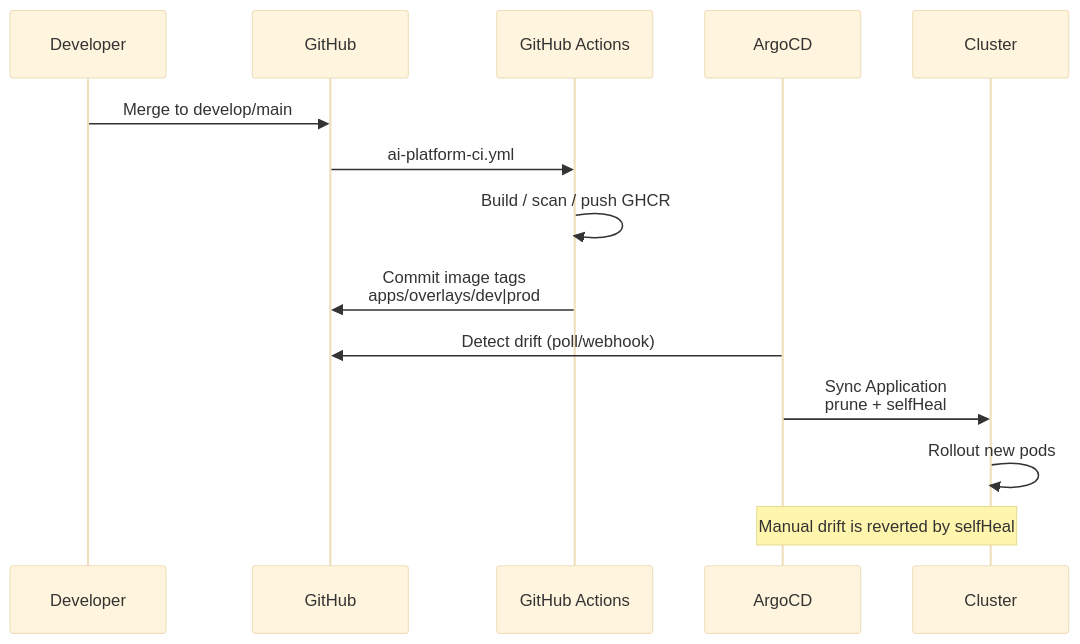
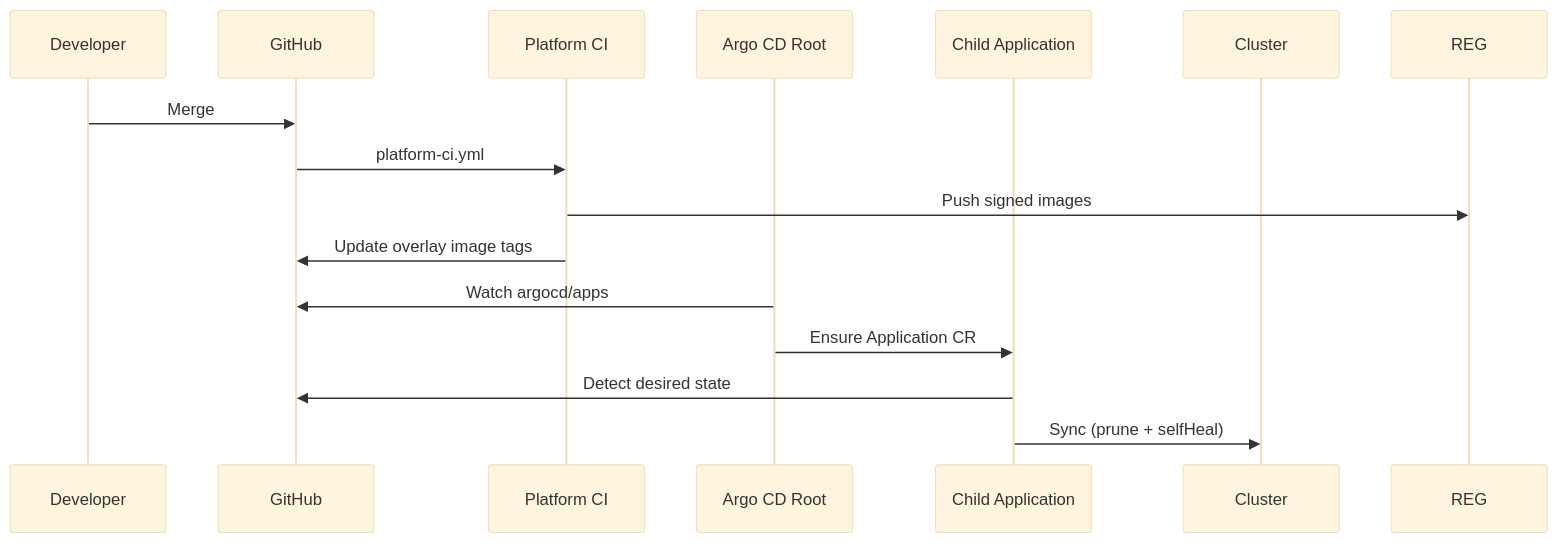
The fifth of 7 diagrams in docs/architecture.md (amaninsa/owasp-juiceshop-chatbot), drawn with Mermaid (base theme) before and after one commit. The commit also changed other lines of this file and 129 other files, not shown here.

First line of the commit message:
feat(cicd): add enterprise GitOps CI/CD pipelines for GHCR and Argo CD

````diff
--- a/docs/architecture.md
+++ b/docs/architecture.md
@@ -130,17 +113,18 @@
 ```mermaid
 sequenceDiagram
   participant Dev as Developer
   participant GH as GitHub
-  participant CI as GitHub Actions
-  participant Argo as ArgoCD
+  participant CI as Platform CI
+  participant Root as Argo CD Root
+  participant App as Child Application
   participant K8s as Cluster
 
-  Dev->>GH: Merge to develop/main
-  GH->>CI: ai-platform-ci.yml
-  CI->>CI: Build / scan / push GHCR
-  CI->>GH: Commit image tags<br/>apps/overlays/dev|prod
-  Argo->>GH: Detect drift (poll/webhook)
-  Argo->>K8s: Sync Application<br/>prune + selfHeal
-  K8s->>K8s: Rollout new pods
-  Note over Argo,K8s: Manual drift is reverted by selfHeal
+  Dev->>GH: Merge
+  GH->>CI: platform-ci.yml
+  CI->>REG: Push signed images
+  CI->>GH: Update overlay image tags
+  Root->>GH: Watch argocd/apps
+  Root->>App: Ensure Application CR
+  App->>GH: Detect desired state
+  App->>K8s: Sync (prune + selfHeal)
 ```
````
